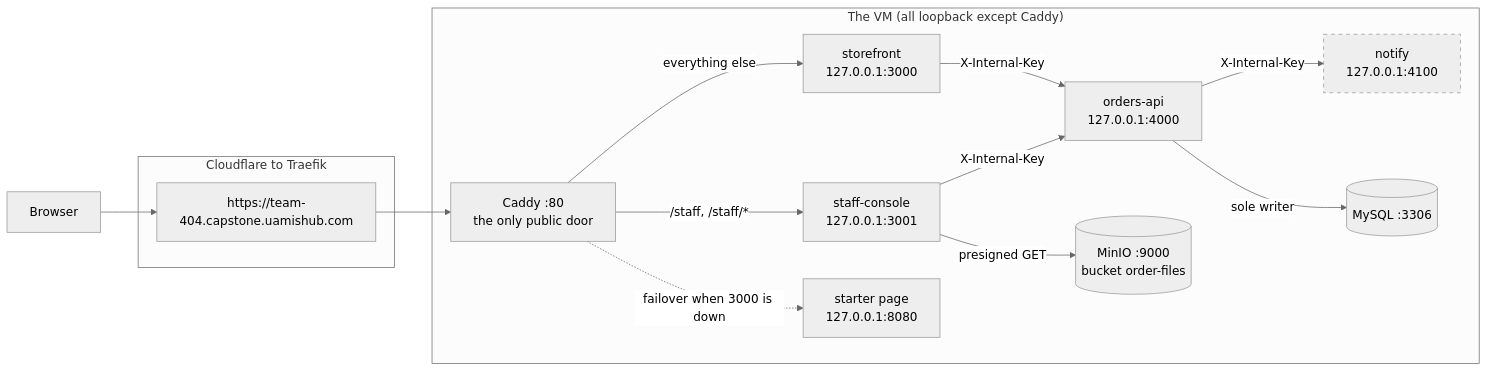
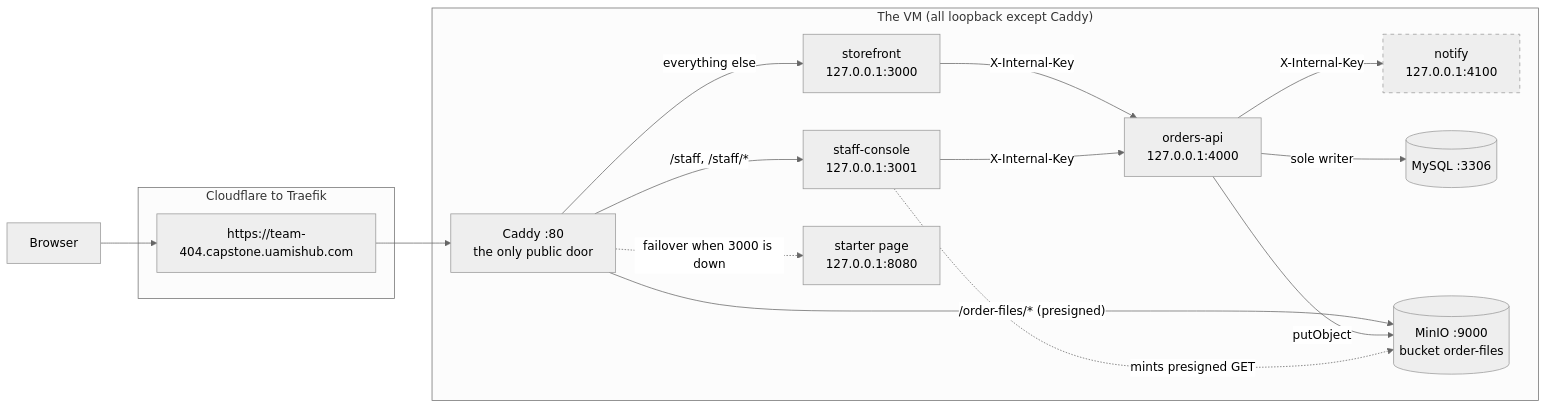
The first of 6 diagrams in docs/architecture.md (ak-spears/team-404), drawn with Mermaid (neutral theme) before and after one commit. The commit also changed other lines of this file and 5 other files, not shown here.

````diff
--- a/docs/architecture.md
+++ b/docs/architecture.md
@@ -20,32 +20,34 @@
 ```mermaid
 flowchart LR
     browser["Browser"]
 
     subgraph edge["Cloudflare to Traefik"]
         ingress["https://team-404.capstone.uamishub.com"]
     end
 
     subgraph vm["The VM (all loopback except Caddy)"]
         caddy["Caddy :80<br/>the only public door"]
         sf["storefront<br/>127.0.0.1:3000"]
         sc["staff-console<br/>127.0.0.1:3001"]
         api["orders-api<br/>127.0.0.1:4000"]
         notify["notify<br/>127.0.0.1:4100"]
         mysql[("MySQL :3306")]
         minio[("MinIO :9000<br/>bucket order-files")]
         starter["starter page<br/>127.0.0.1:8080"]
     end
 
     browser --> ingress --> caddy
     caddy -->|"/staff, /staff/*"| sc
+    caddy -->|"/order-files/* (presigned)"| minio
     caddy -->|"everything else"| sf
     caddy -.->|"failover when 3000 is down"| starter
 
     sf -->|"X-Internal-Key"| api
     sc -->|"X-Internal-Key"| api
     api -->|"sole writer"| mysql
     api -->|"X-Internal-Key"| notify
-    sc -->|"presigned GET"| minio
+    api -->|"putObject"| minio
+    sc -.->|"mints presigned GET"| minio
 
     style notify stroke-dasharray: 5 5
 ```
````
